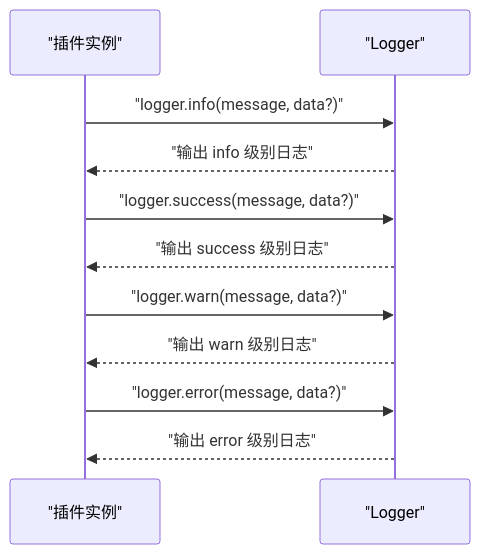
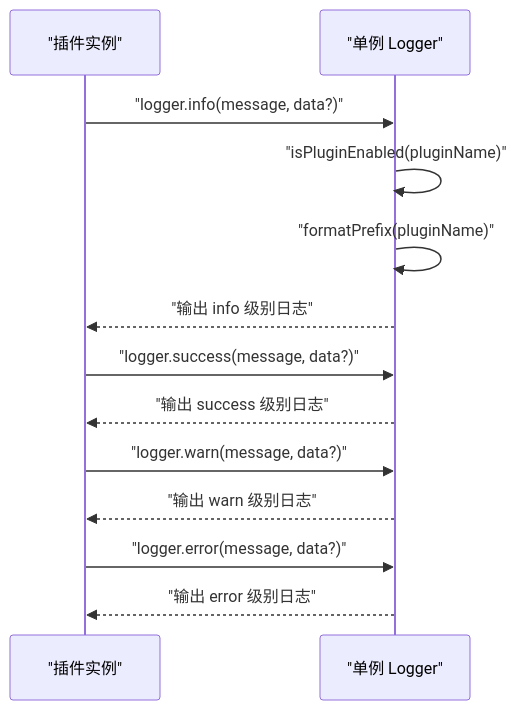
One commit to MengXi-Studio/vite-plugin changed the fourth of 5 diagrams in .qoder/repowiki/zh/content/工具模块/日志系统.md. Above: the diagram before and after it, drawn with Mermaid. The commit also changed other lines of this file and 5 other files, not shown here.

````diff
--- a/.qoder/repowiki/zh/content/工具模块/日志系统.md
+++ b/.qoder/repowiki/zh/content/工具模块/日志系统.md
@@ -199,13 +227,15 @@
 ```mermaid
 sequenceDiagram
 participant PL as "插件实例"
-participant LG as "Logger"
+participant LG as "单例 Logger"
 PL->>LG : "logger.info(message, data?)"
+LG->>LG : "isPluginEnabled(pluginName)"
+LG->>LG : "formatPrefix(pluginName)"
 LG-->>PL : "输出 info 级别日志"
 PL->>LG : "logger.success(message, data?)"
 LG-->>PL : "输出 success 级别日志"
 PL->>LG : "logger.warn(message, data?)"
 LG-->>PL : "输出 warn 级别日志"
 PL->>LG : "logger.error(message, data?)"
 LG-->>PL : "输出 error 级别日志"
 ```
````
